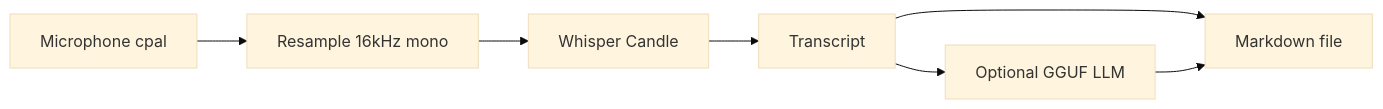
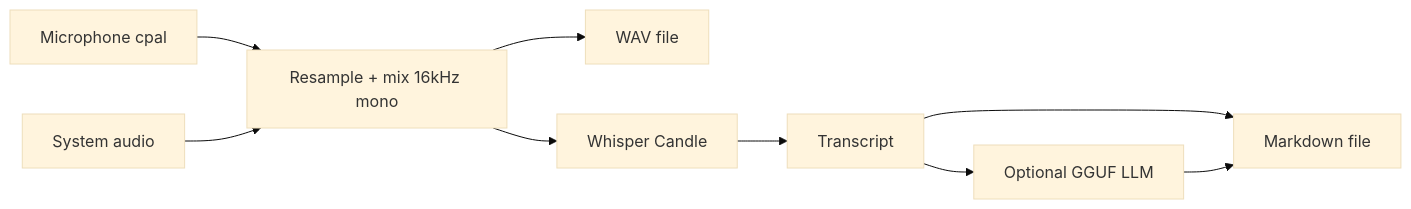
Before and after one commit to bdombro/active-listener: the diagram in README.md, drawn with Mermaid (base theme). The commit also changed other lines of this file and 13 other files, not shown here.

````diff
--- a/README.md
+++ b/README.md
@@ -47,9 +61,11 @@
 ```mermaid
 flowchart LR
-  Mic[Microphone cpal] --> Mix[Resample 16kHz mono]
-  Mix --> Whisper[Whisper Candle]
-  Whisper --> Transcript[Transcript]
-  Transcript --> LLM[Optional GGUF LLM]
-  Transcript --> MD[Markdown file]
-  LLM --> MD
+    Mic[Microphone cpal] --> Mix[Resample + mix 16kHz mono]
+    Sys[System audio] --> Mix
+    Mix --> WAV[WAV file]
+    Mix --> Whisper[Whisper Candle]
+    Whisper --> Transcript[Transcript]
+    Transcript --> LLM[Optional GGUF LLM]
+    Transcript --> MD[Markdown file]
+    LLM --> MD
 ```
````
